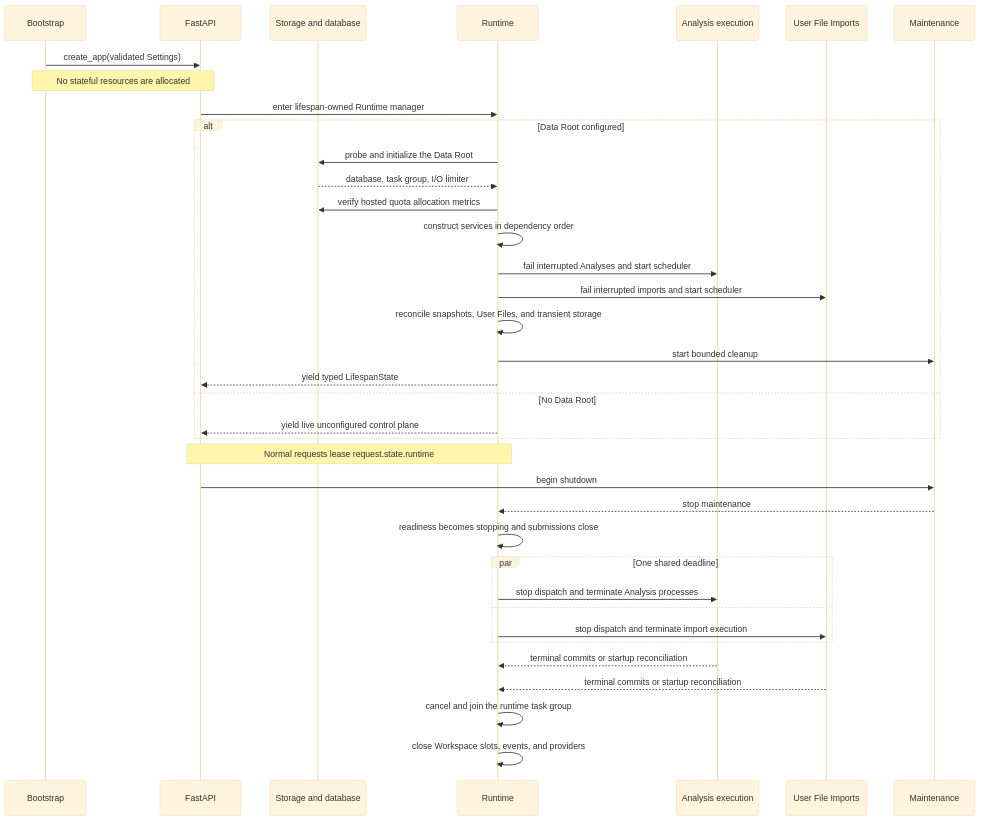
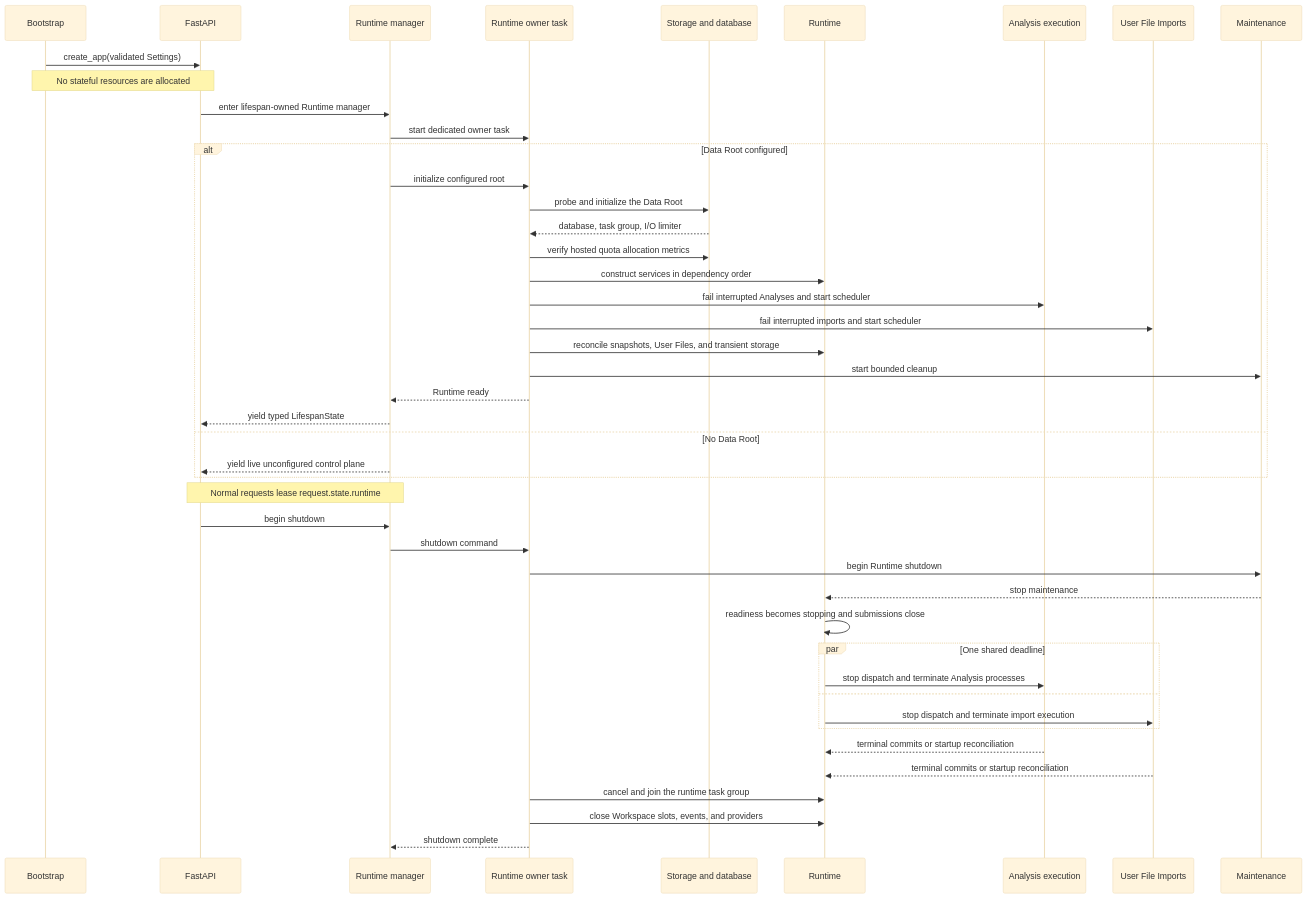
Before and after one commit to Australian-Text-Analytics-Platform/ldaca_web_app: the diagram in docs/architecture/backend/runtime.md, drawn with Mermaid (base theme). The commit also changed other lines of this file and 11 other files, not shown here.

Commit message:
fix(runtime): switch data roots in process

````diff
--- a/docs/architecture/backend/runtime.md
+++ b/docs/architecture/backend/runtime.md
@@ -65,40 +71,48 @@
 ```mermaid
 sequenceDiagram
     participant Bootstrap
     participant FastAPI
+    participant Manager as Runtime manager
+    participant Owner as Runtime owner task
     participant Storage as Storage and database
     participant Runtime
     participant Analysis as Analysis execution
     participant Imports as User File Imports
     participant Maintenance
 
     Bootstrap->>FastAPI: create_app(validated Settings)
     Note over Bootstrap,FastAPI: No stateful resources are allocated
-    FastAPI->>Runtime: enter lifespan-owned Runtime manager
+    FastAPI->>Manager: enter lifespan-owned Runtime manager
+    Manager->>Owner: start dedicated owner task
     alt Data Root configured
-    Runtime->>Storage: probe and initialize the Data Root
-    Storage-->>Runtime: database, task group, I/O limiter
-    Runtime->>Storage: verify hosted quota allocation metrics
-    Runtime->>Runtime: construct services in dependency order
-    Runtime->>Analysis: fail interrupted Analyses and start scheduler
-    Runtime->>Imports: fail interrupted imports and start scheduler
-    Runtime->>Runtime: reconcile snapshots, User Files, and transient storage
-    Runtime->>Maintenance: start bounded cleanup
-    Runtime-->>FastAPI: yield typed LifespanState
+    Manager->>Owner: initialize configured root
+    Owner->>Storage: probe and initialize the Data Root
+    Storage-->>Owner: database, task group, I/O limiter
+    Owner->>Storage: verify hosted quota allocation metrics
+    Owner->>Runtime: construct services in dependency order
+    Owner->>Analysis: fail interrupted Analyses and start scheduler
+    Owner->>Imports: fail interrupted imports and start scheduler
+    Owner->>Runtime: reconcile snapshots, User Files, and transient storage
+    Owner->>Maintenance: start bounded cleanup
+    Owner-->>Manager: Runtime ready
+    Manager-->>FastAPI: yield typed LifespanState
     else No Data Root
-    Runtime-->>FastAPI: yield live unconfigured control plane
+    Manager-->>FastAPI: yield live unconfigured control plane
     end
-    Note over FastAPI,Runtime: Normal requests lease request.state.runtime
-    FastAPI->>Maintenance: begin shutdown
+    Note over FastAPI,Manager: Normal requests lease request.state.runtime
+    FastAPI->>Manager: begin shutdown
+    Manager->>Owner: shutdown command
+    Owner->>Maintenance: begin Runtime shutdown
     Maintenance-->>Runtime: stop maintenance
     Runtime->>Runtime: readiness becomes stopping and submissions close
     par One shared deadline
         Runtime->>Analysis: stop dispatch and terminate Analysis processes
     and
         Runtime->>Imports: stop dispatch and terminate import execution
     end
     Analysis-->>Runtime: terminal commits or startup reconciliation
     Imports-->>Runtime: terminal commits or startup reconciliation
-    Runtime->>Runtime: cancel and join the runtime task group
-    Runtime->>Runtime: close Workspace slots, events, and providers
+    Owner->>Runtime: cancel and join the runtime task group
+    Owner->>Runtime: close Workspace slots, events, and providers
+    Owner-->>Manager: shutdown complete
 ```
````
